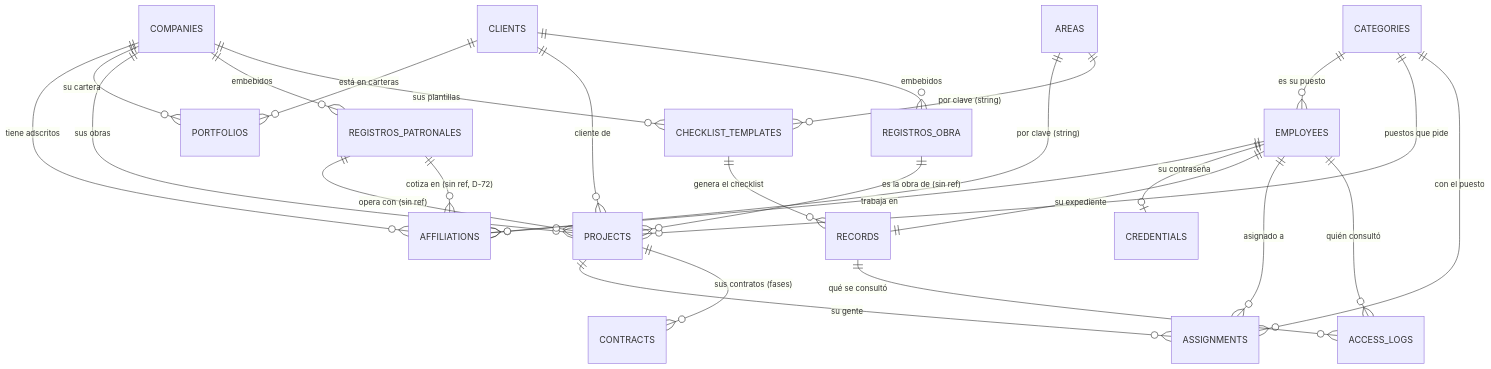
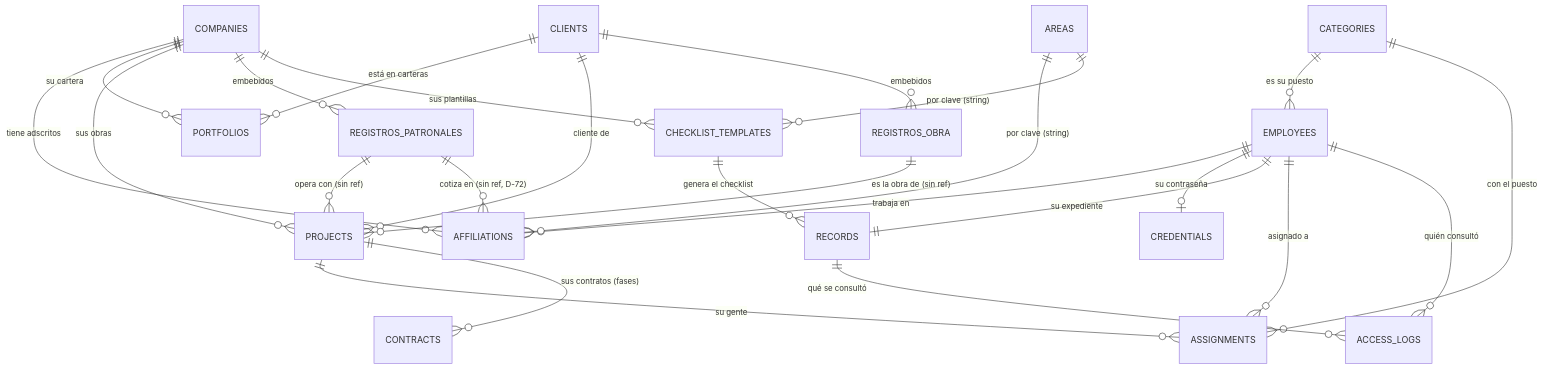
Before and after one commit to alexxruff/cames-files-manager-backend: the diagram in docs/ARQUITECTURA-DATOS.md, drawn with Mermaid. The commit also changed other lines of this file and 23 other files, not shown here.

````diff
--- a/docs/ARQUITECTURA-DATOS.md
+++ b/docs/ARQUITECTURA-DATOS.md
@@ -105,36 +105,35 @@
 ```mermaid
 erDiagram
     COMPANIES  ||--o{ AFFILIATIONS : "tiene adscritos"
     EMPLOYEES  ||--o{ AFFILIATIONS : "trabaja en"
     EMPLOYEES  ||--o| CREDENTIALS  : "su contraseña"
     EMPLOYEES  ||--|| RECORDS      : "su expediente"
     CATEGORIES ||--o{ EMPLOYEES    : "es su puesto"
 
     COMPANIES  ||--o{ PORTFOLIOS   : "su cartera"
     CLIENTS    ||--o{ PORTFOLIOS   : "está en carteras"
 
     COMPANIES  ||--o{ PROJECTS     : "sus obras"
     CLIENTS    ||--o{ PROJECTS     : "cliente de"
-    CATEGORIES ||--o{ PROJECTS     : "puestos que pide"
 
     PROJECTS   ||--o{ ASSIGNMENTS  : "su gente"
     EMPLOYEES  ||--o{ ASSIGNMENTS  : "asignado a"
     CATEGORIES ||--o{ ASSIGNMENTS  : "con el puesto"
 
     PROJECTS   ||--o{ CONTRACTS    : "sus contratos (fases)"
 
     COMPANIES  ||--o{ REGISTROS_PATRONALES : "embebidos"
     CLIENTS    ||--o{ REGISTROS_OBRA       : "embebidos"
     REGISTROS_PATRONALES ||--o{ PROJECTS     : "opera con (sin ref)"
     REGISTROS_PATRONALES ||--o{ AFFILIATIONS : "cotiza en (sin ref, D-72)"
     REGISTROS_OBRA       ||--o{ PROJECTS     : "es la obra de (sin ref)"
 
     COMPANIES  ||--o{ CHECKLIST_TEMPLATES : "sus plantillas"
     CHECKLIST_TEMPLATES ||--o{ RECORDS    : "genera el checklist"
 
     EMPLOYEES  ||--o{ ACCESS_LOGS  : "quién consultó"
     RECORDS    ||--o{ ACCESS_LOGS  : "qué se consultó"
 
     AREAS      ||--o{ AFFILIATIONS : "por clave (string)"
     AREAS      ||--o{ CHECKLIST_TEMPLATES : "por clave (string)"
 ```
````
